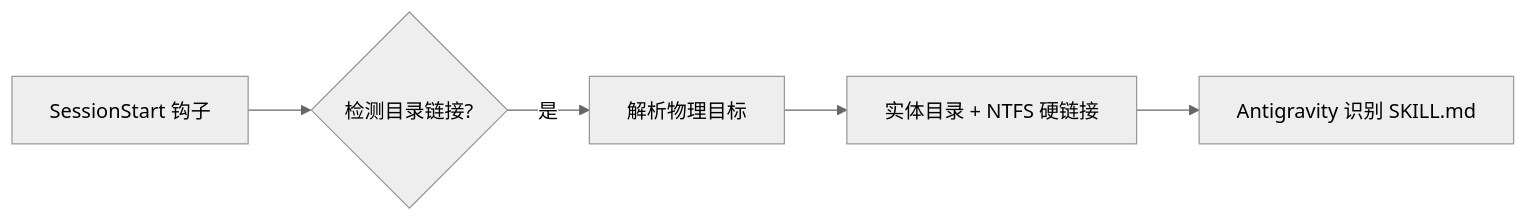
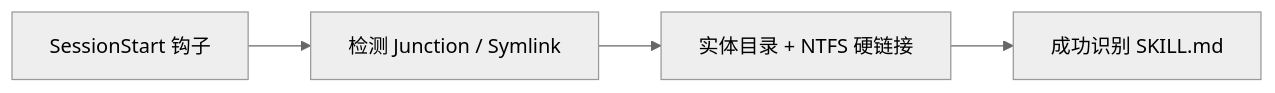
Before and after one commit to wllzhang/antigravity-junction-skill-fix: the diagram in README.zh-CN.md, drawn with Mermaid (neutral theme). The commit also changed 1 other file, not shown here.

Commit message:
docs: streamline Mermaid diagram to 4 compact horizontal nodes

````diff
--- a/README.zh-CN.md
+++ b/README.zh-CN.md
@@ -31,7 +31,6 @@
 ```mermaid
 flowchart LR
-    A["SessionStart 钩子"] --> B{"检测目录链接?"}
-    B -->|"是"| C["解析物理目标"]
-    C --> D["实体目录 + NTFS 硬链接"]
-    D --> E["Antigravity 识别 SKILL.md"]
+    A["SessionStart 钩子"] --> B["检测 Junction / Symlink"]
+    B --> C["实体目录 + NTFS 硬链接"]
+    C --> D["成功识别 SKILL.md"]
 ```
````
